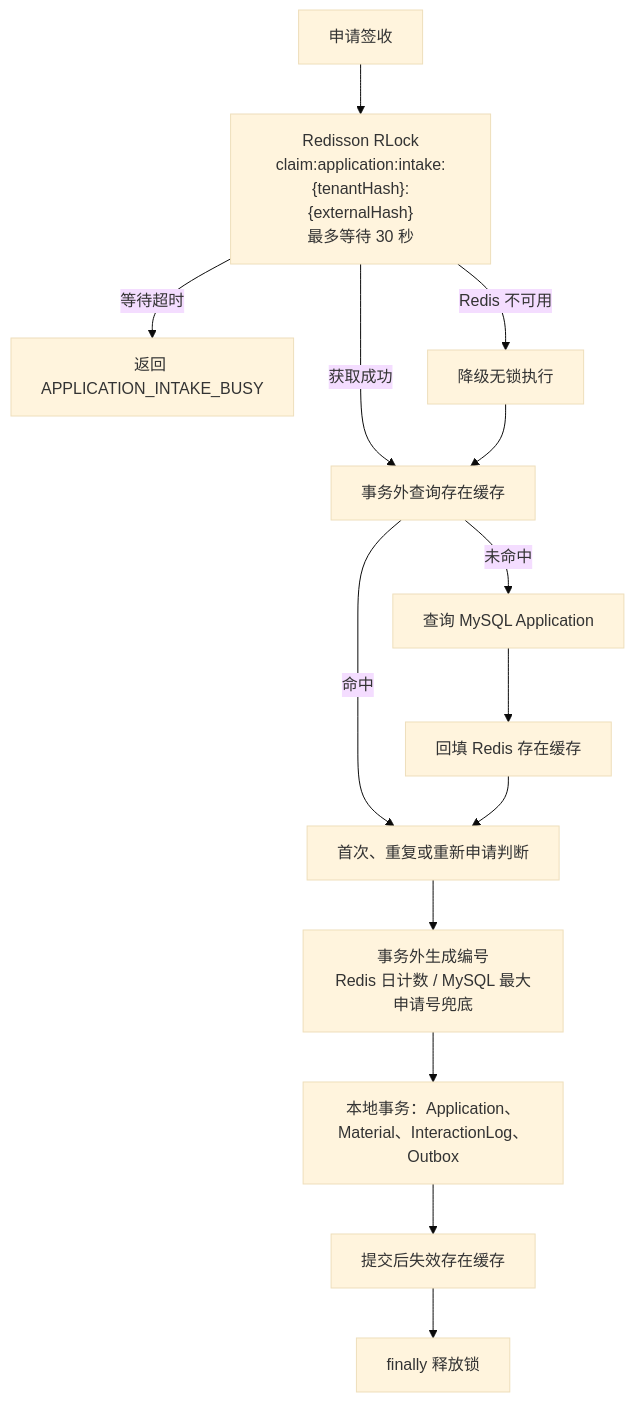
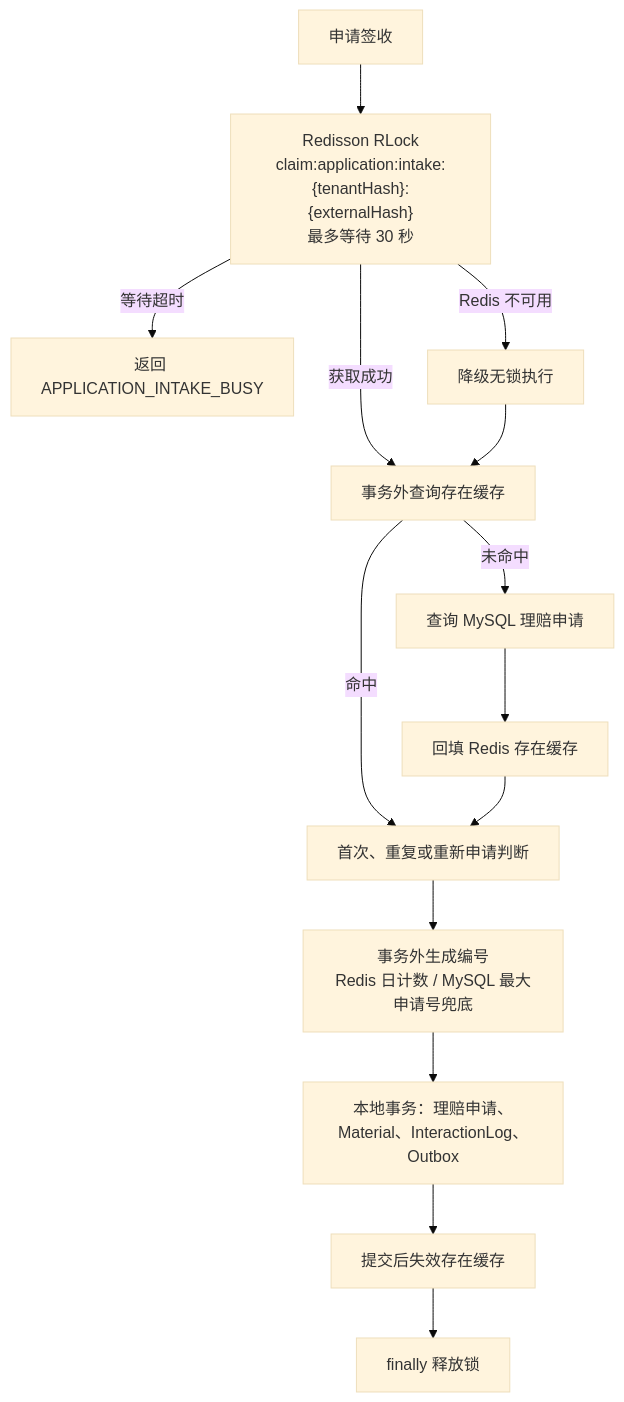
One commit to wangguangwu/claim-integration-platform changed the fourth of 4 diagrams in specs/003-application-intake/design.md. Above: the diagram before and after it, drawn with Mermaid (base theme). The commit also changed other lines of this file and 299 other files, not shown here.

````diff
--- a/specs/003-application-intake/design.md
+++ b/specs/003-application-intake/design.md
@@ -194,16 +216,16 @@
 ```mermaid
 flowchart TD
     REQUEST["申请签收"] --> LOCK["Redisson RLock<br/>claim:application:intake:{tenantHash}:{externalHash}<br/>最多等待 30 秒"]
     LOCK -- 获取成功 --> EXISTS_CACHE["事务外查询存在缓存"]
     LOCK -- 等待超时 --> BUSY["返回 APPLICATION_INTAKE_BUSY"]
     LOCK -- Redis 不可用 --> NOLOCK["降级无锁执行"]
     NOLOCK --> EXISTS_CACHE
     EXISTS_CACHE -- 命中 --> DECIDE["首次、重复或重新申请判断"]
-    EXISTS_CACHE -- 未命中 --> MYSQL["查询 MySQL Application"]
+    EXISTS_CACHE -- 未命中 --> MYSQL["查询 MySQL 理赔申请"]
     MYSQL --> FILL["回填 Redis 存在缓存"]
     FILL --> DECIDE
     DECIDE --> NUMBER["事务外生成编号<br/>Redis 日计数 / MySQL 最大申请号兜底"]
-    NUMBER --> TX["本地事务：Application、Material、InteractionLog、Outbox"]
+    NUMBER --> TX["本地事务：理赔申请、Material、InteractionLog、Outbox"]
     TX --> INVALIDATE["提交后失效存在缓存"]
     INVALIDATE --> UNLOCK["finally 释放锁"]
 ```
````
